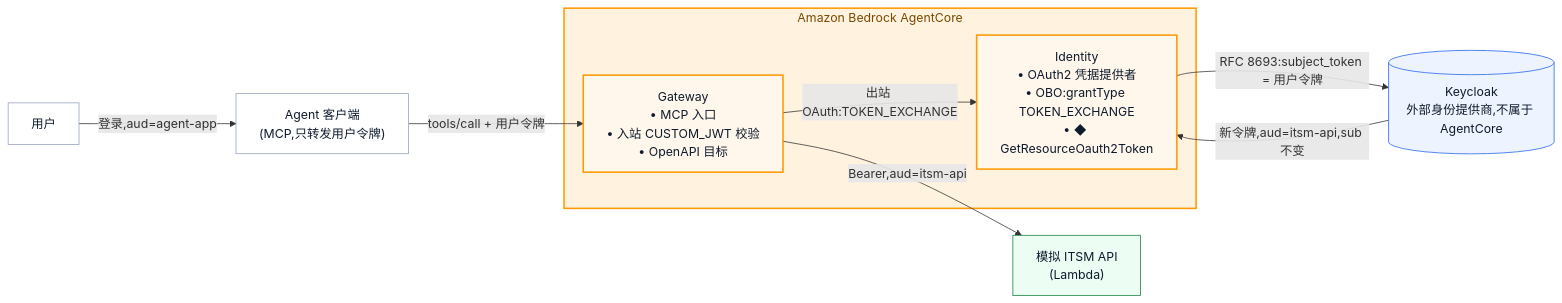
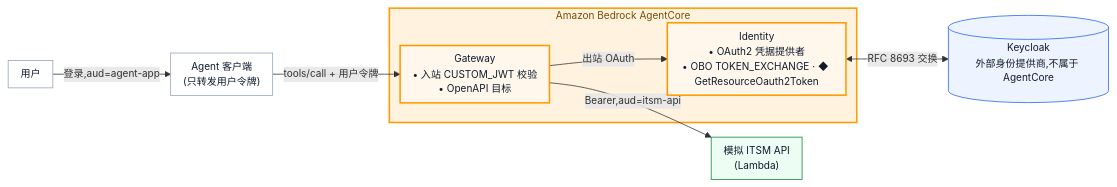
One commit to zanbei/agentcore-delegated-auth-poc changed the first of 2 diagrams in README.zh-CN.md. Above: the diagram before and after it, drawn with Mermaid. The commit also changed other lines of this file and 5 other files, not shown here.

Commit message:
Make architecture diagrams compact

````diff
--- a/README.zh-CN.md
+++ b/README.zh-CN.md
@@ -20,22 +20,23 @@
 ```mermaid
+%%{init: {"flowchart": {"nodeSpacing": 18, "rankSpacing": 28, "padding": 8}, "themeVariables": {"fontSize": "13px"}}}%%
 flowchart LR
-    U[用户] -->|"登录,aud=agent-app"| C["Agent 客户端<br/>(MCP,只转发用户令牌)"]
+    U["用户"] -->|"登录,aud=agent-app"| C["Agent 客户端<br/>(只转发用户令牌)"]
     C -->|"tools/call + 用户令牌"| G
     subgraph AC["Amazon Bedrock AgentCore"]
-        G["Gateway<br/>• MCP 入口<br/>• 入站 CUSTOM_JWT 校验<br/>• OpenAPI 目标"]
-        I["Identity<br/>• OAuth2 凭据提供者<br/>• OBO:grantType TOKEN_EXCHANGE<br/>• ◆ GetResourceOauth2Token"]
-        G -->|"出站 OAuth:TOKEN_EXCHANGE"| I
+        G["Gateway<br/>• 入站 CUSTOM_JWT 校验<br/>• OpenAPI 目标"]
+        I["Identity<br/>• OAuth2 凭据提供者<br/>• OBO TOKEN_EXCHANGE · ◆ GetResourceOauth2Token"]
+        G -->|"出站 OAuth"| I
     end
-    I -->|"RFC 8693:subject_token = 用户令牌"| K[("Keycloak<br/>外部身份提供商,不属于 AgentCore")]
-    K -->|"新令牌,aud=itsm-api,sub 不变"| I
+    I <-->|"RFC 8693 交换"| K[("Keycloak<br/>外部身份提供商,不属于 AgentCore")]
     G -->|"Bearer,aud=itsm-api"| D["模拟 ITSM API<br/>(Lambda)"]
     classDef agentcore fill:#fff7eb,stroke:#ff9900,stroke-width:2px,color:#0f1b2d
     classDef idp fill:#eef4ff,stroke:#2563eb,color:#0f1b2d
     classDef app fill:#ffffff,stroke:#94a3b8,color:#0f1b2d
     classDef down fill:#ecfdf3,stroke:#15803d,color:#0f1b2d
+    classDef risk fill:#fff1f0,stroke:#b42318,stroke-dasharray:5 4,color:#0f1b2d
+    style AC fill:#fff3e0,stroke:#ff9900,stroke-width:2px,color:#7a4a00
     class G,I agentcore
     class K idp
     class U,C app
     class D down
-    style AC fill:#fff3e0,stroke:#ff9900,stroke-width:2px,color:#7a4a00
 ```
````
